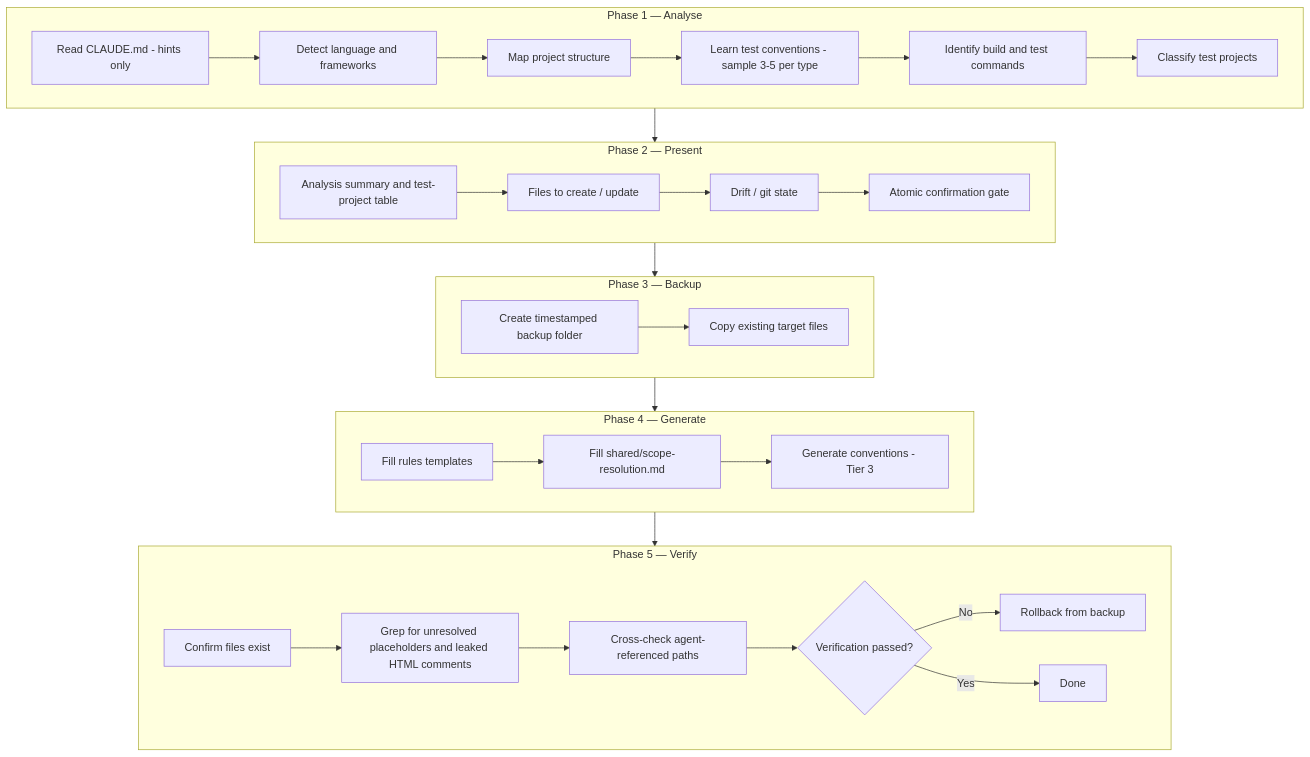
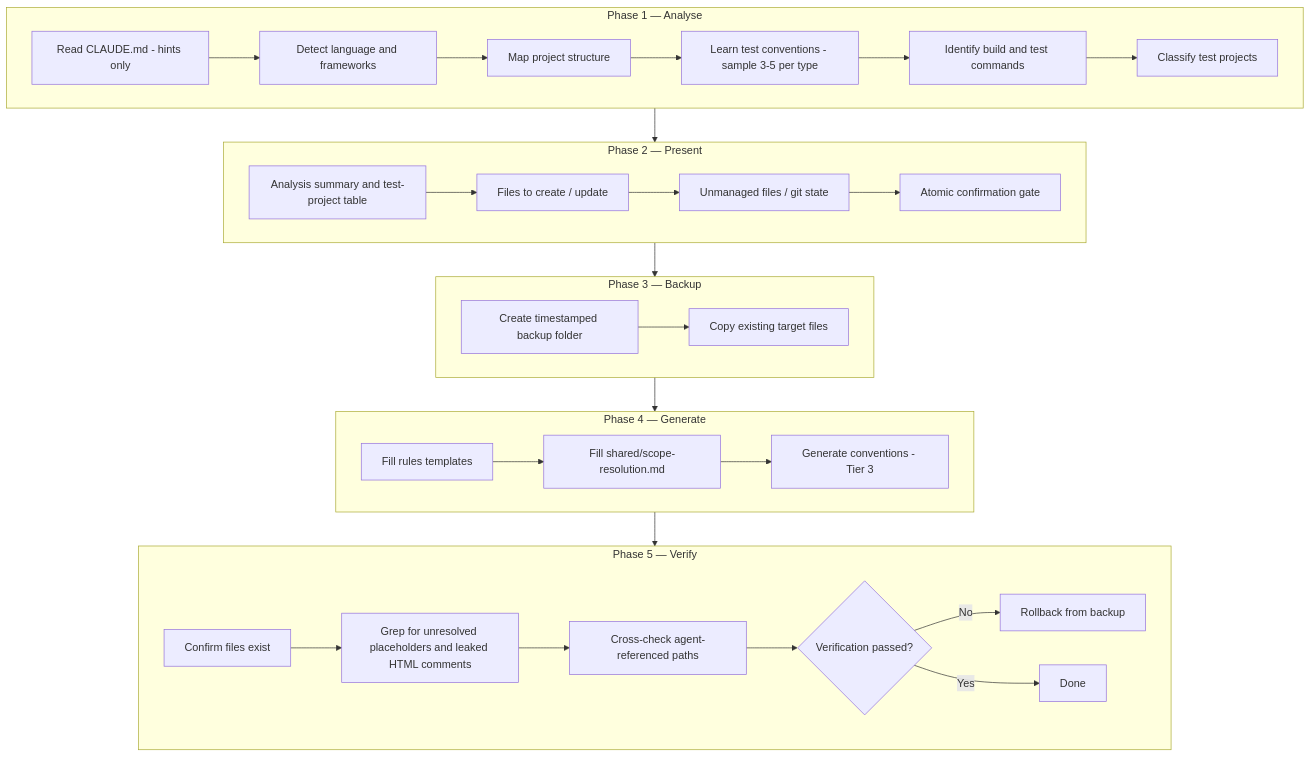
One commit to softwareone-platform/issue-to-pr changed the diagram in plugins/test-authoring/docs/skills/readme-setup-test-context.md. Above: the diagram before and after it, drawn with Mermaid. The commit also changed other lines of this file and 11 other files, not shown here.

````diff
--- a/plugins/test-authoring/docs/skills/readme-setup-test-context.md
+++ b/plugins/test-authoring/docs/skills/readme-setup-test-context.md
@@ -45,47 +46,47 @@
 ```mermaid
 flowchart TB
     subgraph P1["Phase 1 — Analyse"]
         direction LR
         A1[Read CLAUDE.md - hints only]
         A2[Detect language and frameworks]
         A3[Map project structure]
         A4[Learn test conventions - sample 3-5 per type]
         A5[Identify build and test commands]
         A6[Classify test projects]
         A1 --> A2 --> A3 --> A4 --> A5 --> A6
     end
     subgraph P2["Phase 2 — Present"]
         direction LR
         B1[Analysis summary and test-project table]
         B2[Files to create / update]
-        B3[Drift / git state]
+        B3[Unmanaged files / git state]
         B4[Atomic confirmation gate]
         B1 --> B2 --> B3 --> B4
     end
     subgraph P3["Phase 3 — Backup"]
         direction LR
         C1[Create timestamped backup folder]
         C2[Copy existing target files]
         C1 --> C2
     end
     subgraph P4["Phase 4 — Generate"]
         direction LR
         D1[Fill rules templates]
         D2[Fill shared/scope-resolution.md]
         D3[Generate conventions - Tier 3]
         D1 --> D2 --> D3
     end
     subgraph P5["Phase 5 — Verify"]
         direction LR
         E1[Confirm files exist]
         E2[Grep for unresolved placeholders and leaked HTML comments]
         E3[Cross-check agent-referenced paths]
         E4{Verification passed?}
         E5[Rollback from backup]
         E6[Done]
         E1 --> E2 --> E3 --> E4
         E4 -- No --> E5
         E4 -- Yes --> E6
     end
     P1 --> P2 --> P3 --> P4 --> P5
 ```
````
